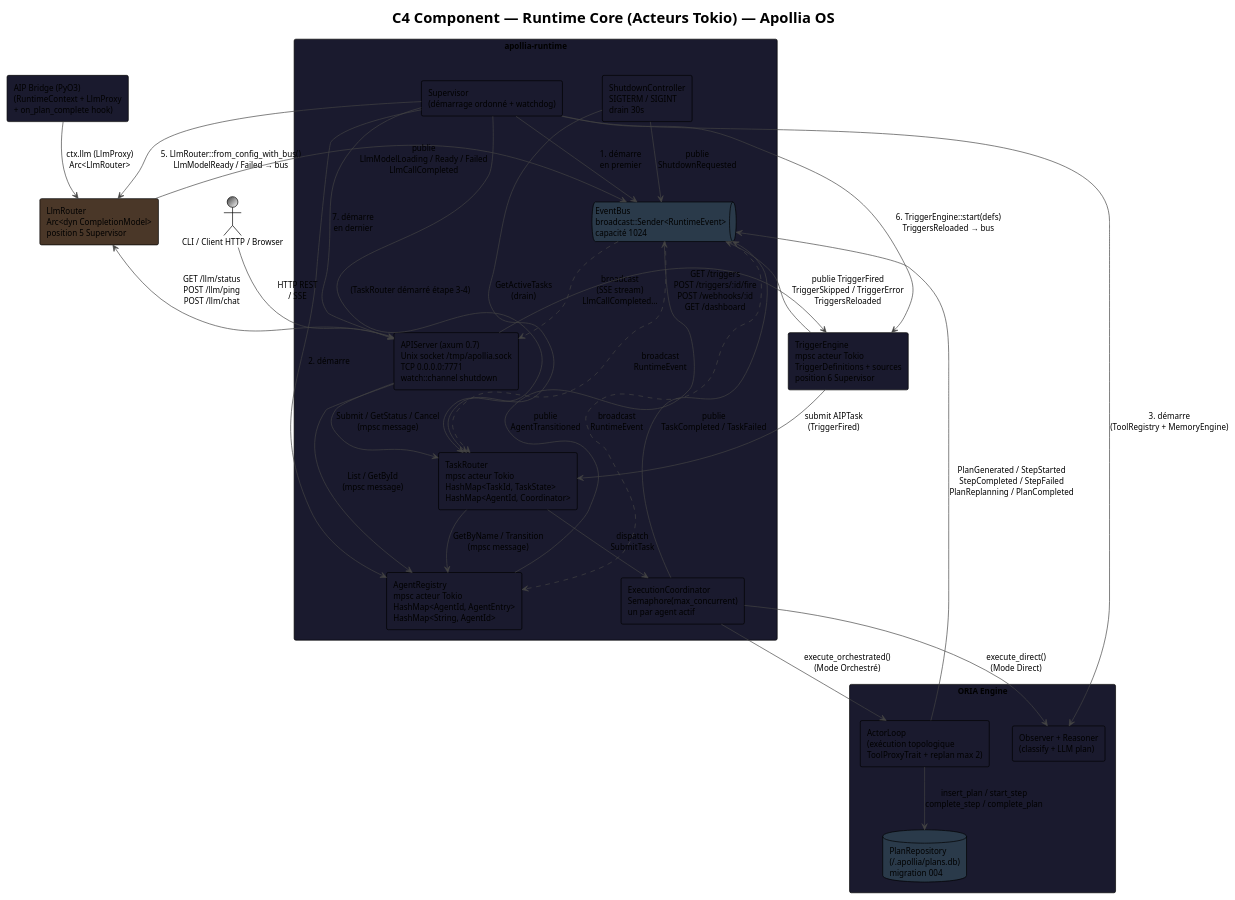
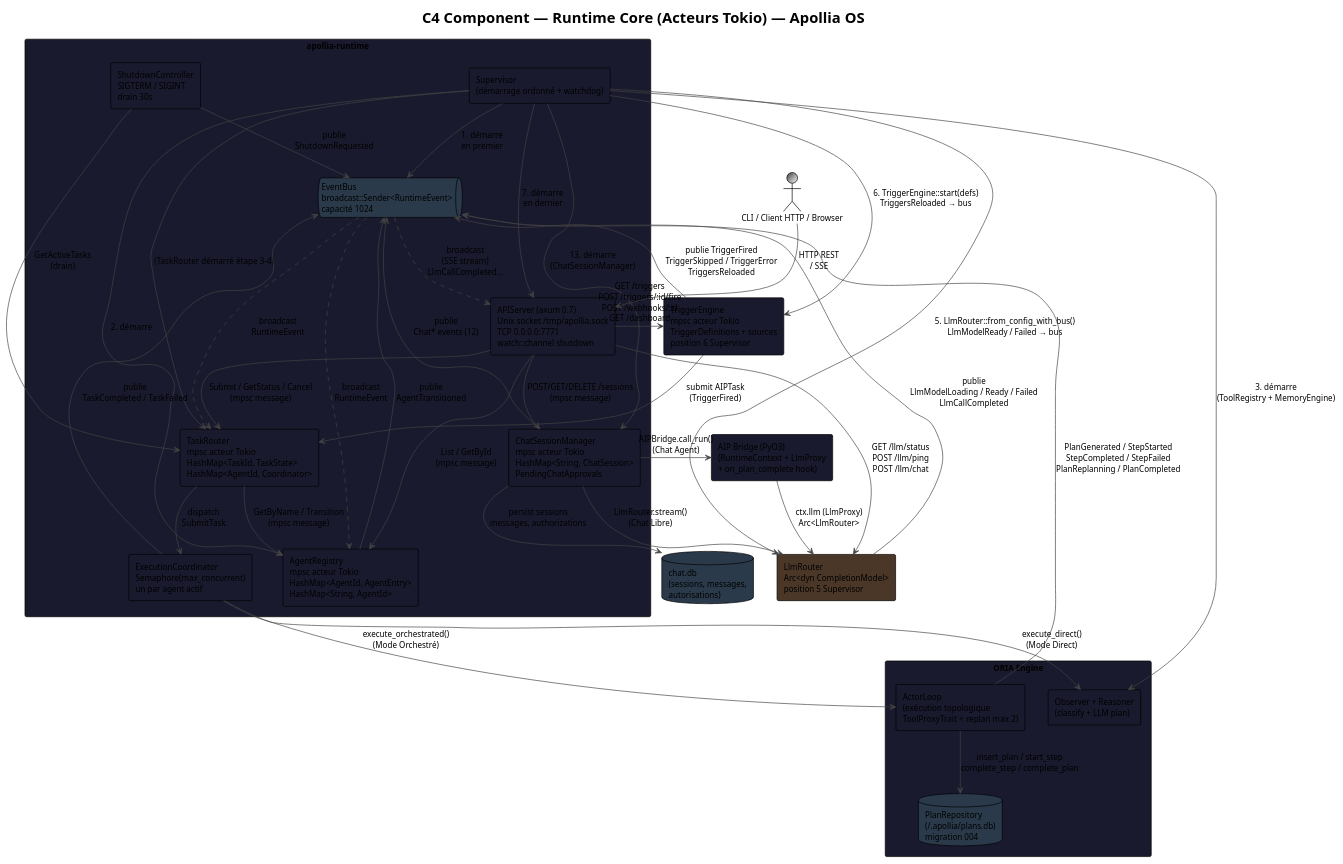
The diagram in docs/diagrams/c4-component-runtime-core.puml (nidal-z/apollia-os), drawn with PlantUML before and after one commit. The commit also changed 15 other files, not shown here.

First line of the commit message:
feat(chat): introduce Chat subsystem with session management and real-time streaming

```diff
--- a/docs/diagrams/c4-component-runtime-core.puml
+++ b/docs/diagrams/c4-component-runtime-core.puml
@@ -1,80 +1,91 @@
 @startuml c4-component-runtime-core
 !theme plain
 skinparam backgroundColor #FFFFFF
 skinparam defaultFontName "JetBrains Mono"
 skinparam defaultFontSize 12
 skinparam ArrowColor #444444
 skinparam BorderColor #444444
 
 title C4 Component — Runtime Core (Acteurs Tokio) — Apollia OS
 
 rectangle "apollia-runtime" as runtime #1a1a2e {
 
   rectangle "Supervisor\n(démarrage ordonné + watchdog)" as sup #1a1a2e
 
   queue "EventBus\nbroadcast::Sender<RuntimeEvent>\ncapacité 1024" as bus #2a3a4a
 
   rectangle "AgentRegistry\nmpsc acteur Tokio\nHashMap<AgentId, AgentEntry>\nHashMap<String, AgentId>" as reg #1a1a2e
 
   rectangle "TaskRouter\nmpsc acteur Tokio\nHashMap<TaskId, TaskState>\nHashMap<AgentId, Coordinator>" as router #1a1a2e
 
   rectangle "ExecutionCoordinator\nSemaphore(max_concurrent)\nun par agent actif" as coord #1a1a2e
 
   rectangle "APIServer (axum 0.7)\nUnix socket /tmp/apollia.sock\nTCP 0.0.0.0:7771\nwatch::channel shutdown" as api #1a1a2e
 
   rectangle "ShutdownController\nSIGTERM / SIGINT\ndrain 30s" as shutdown #1a1a2e
+
+  rectangle "ChatSessionManager\nmpsc acteur Tokio\nHashMap<String, ChatSession>\nPendingChatApprovals" as chat #1a1a2e
 }
 
 rectangle "LlmRouter\nArc<dyn CompletionModel>\nposition 5 Supervisor" as llm #4a3728
 
 rectangle "TriggerEngine\nmpsc acteur Tokio\nTriggerDefinitions + sources\nposition 6 Supervisor" as trig #1a1a2e
 
 rectangle "ORIA Engine" as oriabox #1a1a2e {
   rectangle "Observer + Reasoner\n(classify + LLM plan)" as oria #1a1a2e
   rectangle "ActorLoop\n(exécution topologique\nToolProxyTrait + replan max 2)" as actor #1a1a2e
   database "PlanRepository\n(~/.apollia/plans.db)\nmigration 004" as plandb #2a3a4a
 }
 rectangle "AIP Bridge (PyO3)\n(RuntimeContext + LlmProxy\n+ on_plan_complete hook)" as aip #1a1a2e
+database "chat.db\n(sessions, messages,\nautorisations)" as chatdb #2a3a4a
+
 actor "CLI / Client HTTP / Browser" as cli #3a3a3a/white
 
 ' --- ordre de démarrage Supervisor (1→7) ---
 sup --> bus    : 1. démarre\nen premier
 sup --> reg    : 2. démarre
 sup --> oria   : 3. démarre\n(ToolRegistry + MemoryEngine)
 sup --> llm    : 5. LlmRouter::from_config_with_bus()\nLlmModelReady / Failed → bus
 sup --> trig   : 6. TriggerEngine::start(defs)\nTriggersReloaded → bus
 sup --> router : (TaskRouter démarré étape 3-4)
 sup --> api    : 7. démarre\nen dernier
+sup --> chat   : 13. démarre\n(ChatSessionManager)
 
 bus ..> reg    : broadcast\nRuntimeEvent
 bus ..> router : broadcast\nRuntimeEvent
 bus ..> api    : broadcast\n(SSE stream)\nLlmCallCompleted…
 
 reg    --> bus    : publie\nAgentTransitioned
 llm    --> bus    : publie\nLlmModelLoading / Ready / Failed\nLlmCallCompleted
 
 router --> reg    : GetByName / Transition\n(mpsc message)
 router --> coord  : dispatch\nSubmitTask
 
 coord  --> oria   : execute_direct()\n(Mode Direct)
 coord  --> actor  : execute_orchestrated()\n(Mode Orchestré)
 actor  --> plandb : insert_plan / start_step\ncomplete_step / complete_plan
 actor  --> bus    : PlanGenerated / StepStarted\nStepCompleted / StepFailed\nPlanReplanning / PlanCompleted
 coord  --> bus    : publie\nTaskCompleted / TaskFailed
 
 api    --> router : Submit / GetStatus / Cancel\n(mpsc message)
 api    --> reg    : List / GetById\n(mpsc message)
 api    --> llm    : GET /llm/status\nPOST /llm/ping\nPOST /llm/chat
 api    --> trig   : GET /triggers\nPOST /triggers/:id/fire\nPOST /webhooks/:id\nGET /dashboard
 
 trig   --> router : submit AIPTask\n(TriggerFired)
 trig   --> bus    : publie TriggerFired\nTriggerSkipped / TriggerError\nTriggersReloaded
 
 aip    --> llm    : ctx.llm (LlmProxy)\nArc<LlmRouter>
 
 shutdown --> bus    : publie\nShutdownRequested
 shutdown --> router : GetActiveTasks\n(drain)
 
+chat   --> chatdb : persist sessions\nmessages, authorizations
+chat   --> llm    : LlmRouter.stream()\n(Chat Libre)
+chat   --> aip    : AIPBridge.call_run()\n(Chat Agent)
+chat   --> bus    : publie\nChat* events (12)
+api    --> chat   : POST/GET/DELETE /sessions\n(mpsc message)
+
 cli --> api : HTTP REST\n/ SSE
 
 @enduml
```
